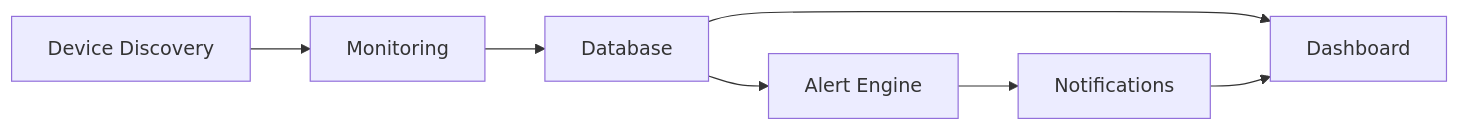
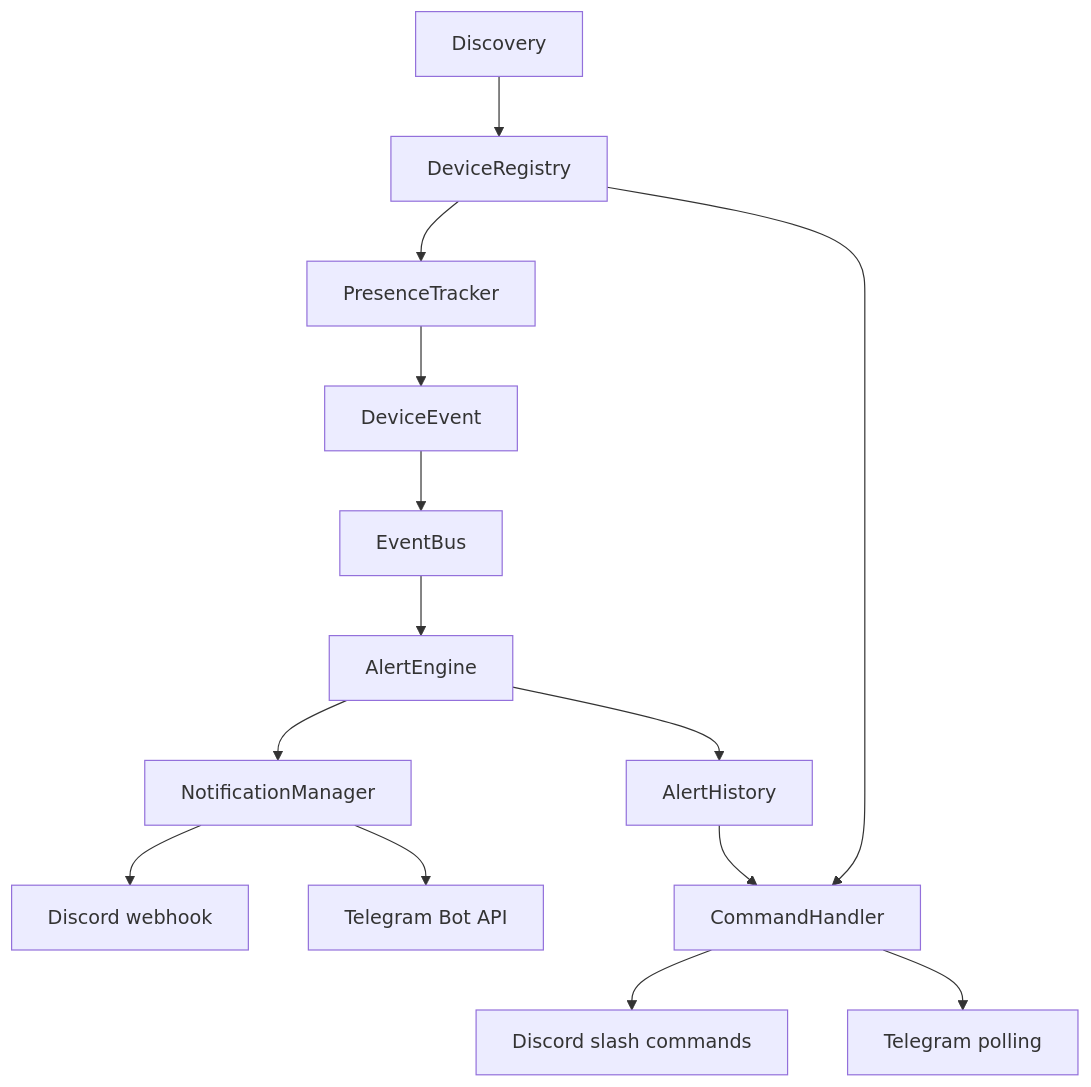
Before and after one commit to kientran1507/Sentinel: the diagram in docs/architecture/overview.md, drawn with Mermaid. The commit also changed other lines of this file and 19 other files, not shown here.

````diff
--- a/docs/architecture/overview.md
+++ b/docs/architecture/overview.md
@@ -63,9 +28,16 @@
 ```mermaid
-flowchart LR
-	A[Device Discovery] --> B[Monitoring]
-	B --> C[Database]
-	C --> D[Alert Engine]
-	D --> E[Notifications]
-	C --> F[Dashboard]
-	E --> F
+flowchart TB
+    A[Discovery] --> B[DeviceRegistry]
+    B --> C[PresenceTracker]
+    C --> D[DeviceEvent]
+    D --> E[EventBus]
+    E --> F[AlertEngine]
+    F --> G[AlertHistory]
+    F --> H[NotificationManager]
+    H --> I[Discord webhook]
+    H --> J[Telegram Bot API]
+    B --> K[CommandHandler]
+    G --> K
+    K --> L[Discord slash commands]
+    K --> M[Telegram polling]
 ```
````
